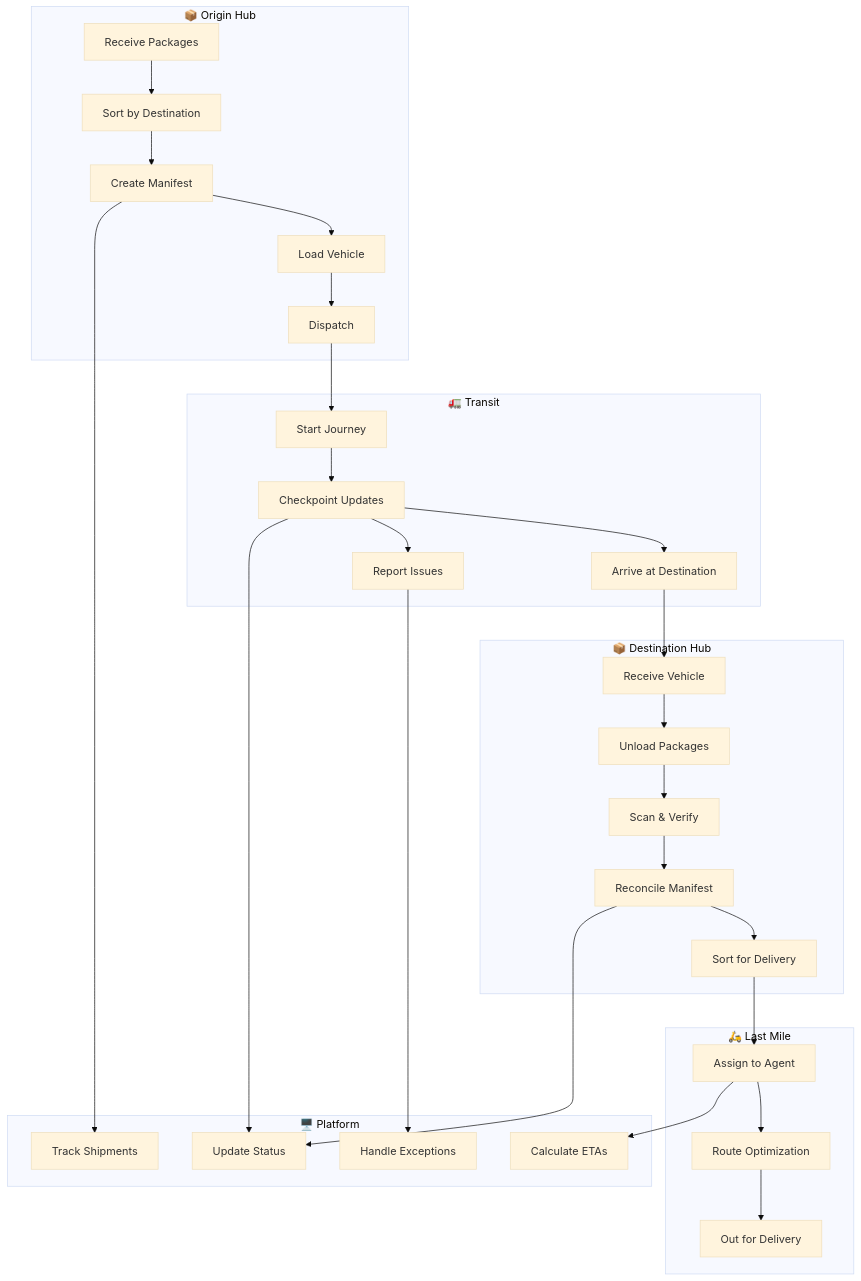
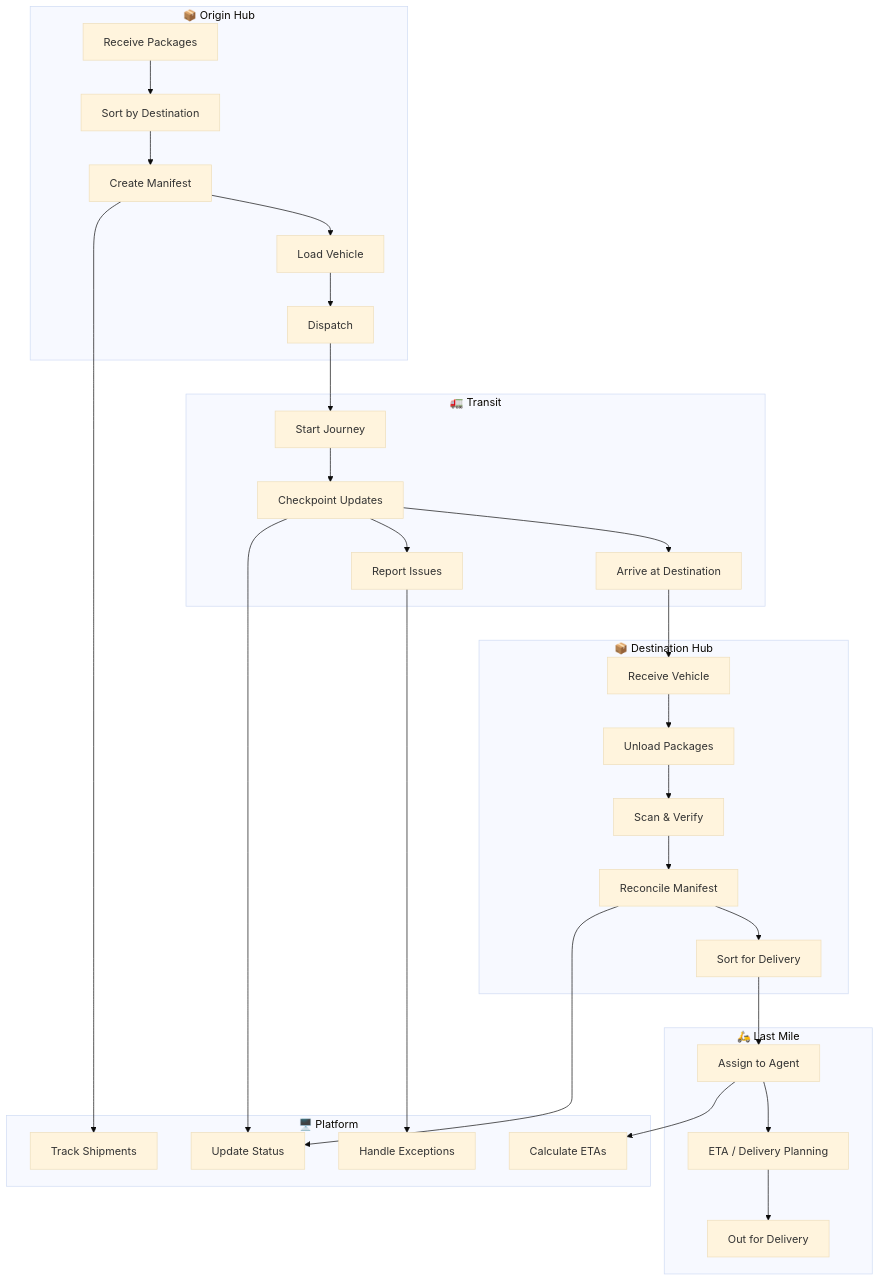
One commit to 0Ankit0/e-commerce changed the fifth of 7 diagrams in docs/system-design/analysis/swimlane-diagrams.md. Above: the diagram before and after it, drawn with Mermaid (base theme). The commit also changed 24 other files, not shown here.

````diff
--- a/docs/system-design/analysis/swimlane-diagrams.md
+++ b/docs/system-design/analysis/swimlane-diagrams.md
@@ -260,60 +260,60 @@
 ```mermaid
 flowchart TB
     subgraph OriginHub["📦 Origin Hub"]
         O1[Receive Packages]
         O2[Sort by Destination]
         O3[Create Manifest]
         O4[Load Vehicle]
         O5[Dispatch]
     end
 
     subgraph Platform["🖥️ Platform"]
         P1[Track Shipments]
         P2[Update Status]
         P3[Handle Exceptions]
         P4[Calculate ETAs]
     end
 
     subgraph Transit["🚛 Transit"]
         T1[Start Journey]
         T2[Checkpoint Updates]
         T3[Report Issues]
         T4[Arrive at Destination]
     end
 
     subgraph DestinationHub["📦 Destination Hub"]
         D1[Receive Vehicle]
         D2[Unload Packages]
         D3[Scan & Verify]
         D4[Reconcile Manifest]
         D5[Sort for Delivery]
     end
 
     subgraph LastMile["🛵 Last Mile"]
         L1[Assign to Agent]
-        L2[Route Optimization]
+        L2[ETA / Delivery Planning]
         L3[Out for Delivery]
     end
 
     O1 --> O2
     O2 --> O3
     O3 --> P1
     O3 --> O4
     O4 --> O5
     O5 --> T1
     T1 --> T2
     T2 --> P2
     T2 --> T3
     T3 --> P3
     T2 --> T4
     T4 --> D1
     D1 --> D2
     D2 --> D3
     D3 --> D4
     D4 --> P2
     D4 --> D5
     D5 --> L1
     L1 --> P4
     L1 --> L2
     L2 --> L3
 ```
````
